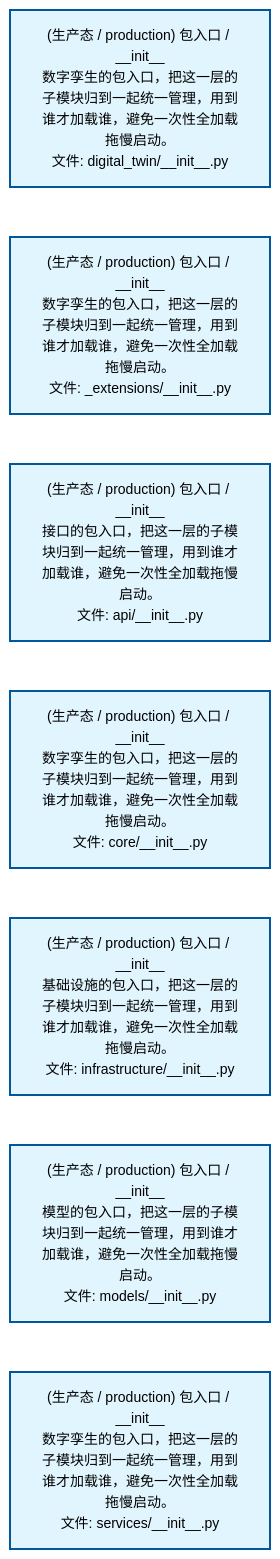
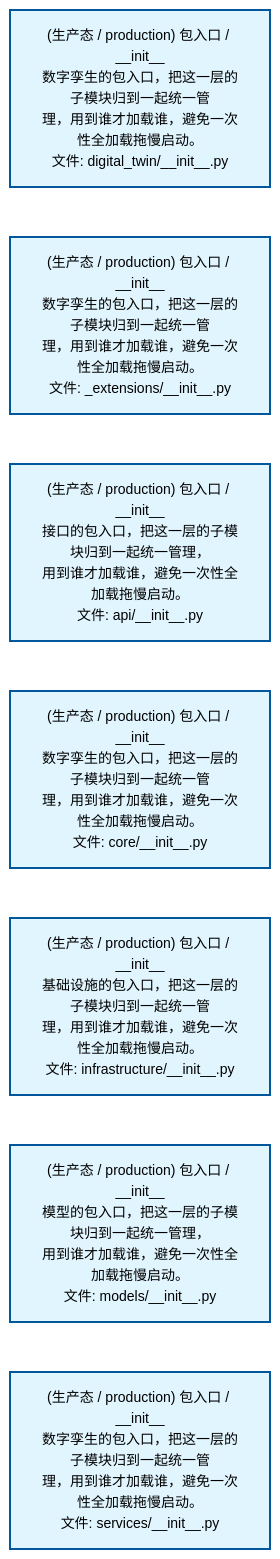
One commit to xuanFelixVan/ZephyrAlpha changed the second of 2 diagrams in docs/02_enterprise_architecture/02_domain_architecture_docs/42_d_digital_twin.md. Above: the diagram before and after it, drawn with Mermaid. The commit also changed other lines of this file and 61 other files, not shown here.

````diff
--- a/docs/02_enterprise_architecture/02_domain_architecture_docs/42_d_digital_twin.md
+++ b/docs/02_enterprise_architecture/02_domain_architecture_docs/42_d_digital_twin.md
@@ -80,22 +80,22 @@
 ```mermaid
 %%{init: {'theme': 'base', 'themeVariables': {'primaryColor': '#eaeaea', 'primaryTextColor': '#333333', 'primaryBorderColor': '#666666', 'lineColor': '#666666', 'secondaryColor': '#eaeaea', 'tertiaryColor': '#eaeaea', 'fontSize': '14px'}}}%%
 flowchart TD
-    src_zephyr_digital_twin_init_py["(生产态 / production) 包入口 / __init__<br/>数字孪生的包入口，把这一层的子模块归到一起统一管理，用到谁才加载谁，避免一次性全加载拖慢启动。<br/>文件: digital_twin/__init__.py"]
-    src_zephyr_digital_twin_extensions_init_py["(生产态 / production) 包入口 / __init__<br/>数字孪生的包入口，把这一层的子模块归到一起统一管理，用到谁才加载谁，避免一次性全加载拖慢启动。<br/>文件: _extensions/__init__.py"]
-    src_zephyr_digital_twin_api_init_py["(生产态 / production) 包入口 / __init__<br/>接口的包入口，把这一层的子模块归到一起统一管理，用到谁才加载谁，避免一次性全加载拖慢启动。<br/>文件: api/__init__.py"]
-    src_zephyr_digital_twin_core_init_py["(生产态 / production) 包入口 / __init__<br/>数字孪生的包入口，把这一层的子模块归到一起统一管理，用到谁才加载谁，避免一次性全加载拖慢启动。<br/>文件: core/__init__.py"]
-    src_zephyr_digital_twin_infrastructure_init_py["(生产态 / production) 包入口 / __init__<br/>基础设施的包入口，把这一层的子模块归到一起统一管理，用到谁才加载谁，避免一次性全加载拖慢启动。<br/>文件: infrastructure/__init__.py"]
-    src_zephyr_digital_twin_models_init_py["(生产态 / production) 包入口 / __init__<br/>模型的包入口，把这一层的子模块归到一起统一管理，用到谁才加载谁，避免一次性全加载拖慢启动。<br/>文件: models/__init__.py"]
-    src_zephyr_digital_twin_services_init_py["(生产态 / production) 包入口 / __init__<br/>数字孪生的包入口，把这一层的子模块归到一起统一管理，用到谁才加载谁，避免一次性全加载拖慢启动。<br/>文件: services/__init__.py"]
+    src_zephyr_digital_twin_init_py["(生产态 / production) 包入口 / __init__<br/>数字孪生的包入口，把这一层的子模块归到一起统一管<br/>理，用到谁才加载谁，避免一次性全加载拖慢启动。<br/>文件: digital_twin/__init__.py"]
+    src_zephyr_digital_twin_extensions_init_py["(生产态 / production) 包入口 / __init__<br/>数字孪生的包入口，把这一层的子模块归到一起统一管<br/>理，用到谁才加载谁，避免一次性全加载拖慢启动。<br/>文件: _extensions/__init__.py"]
+    src_zephyr_digital_twin_api_init_py["(生产态 / production) 包入口 / __init__<br/>接口的包入口，把这一层的子模块归到一起统一管理，<br/>用到谁才加载谁，避免一次性全加载拖慢启动。<br/>文件: api/__init__.py"]
+    src_zephyr_digital_twin_core_init_py["(生产态 / production) 包入口 / __init__<br/>数字孪生的包入口，把这一层的子模块归到一起统一管<br/>理，用到谁才加载谁，避免一次性全加载拖慢启动。<br/>文件: core/__init__.py"]
+    src_zephyr_digital_twin_infrastructure_init_py["(生产态 / production) 包入口 / __init__<br/>基础设施的包入口，把这一层的子模块归到一起统一管<br/>理，用到谁才加载谁，避免一次性全加载拖慢启动。<br/>文件: infrastructure/__init__.py"]
+    src_zephyr_digital_twin_models_init_py["(生产态 / production) 包入口 / __init__<br/>模型的包入口，把这一层的子模块归到一起统一管理，<br/>用到谁才加载谁，避免一次性全加载拖慢启动。<br/>文件: models/__init__.py"]
+    src_zephyr_digital_twin_services_init_py["(生产态 / production) 包入口 / __init__<br/>数字孪生的包入口，把这一层的子模块归到一起统一管<br/>理，用到谁才加载谁，避免一次性全加载拖慢启动。<br/>文件: services/__init__.py"]
     src_zephyr_digital_twin_init_py ~~~ src_zephyr_digital_twin_extensions_init_py
     src_zephyr_digital_twin_extensions_init_py ~~~ src_zephyr_digital_twin_api_init_py
     src_zephyr_digital_twin_api_init_py ~~~ src_zephyr_digital_twin_core_init_py
     src_zephyr_digital_twin_core_init_py ~~~ src_zephyr_digital_twin_infrastructure_init_py
     src_zephyr_digital_twin_infrastructure_init_py ~~~ src_zephyr_digital_twin_models_init_py
     src_zephyr_digital_twin_models_init_py ~~~ src_zephyr_digital_twin_services_init_py
     classDef production fill:#e1f5fe,stroke:#01579b,stroke-width:2px,color:#000
     classDef design fill:#fff3e0,stroke:#e65100,stroke-width:2px,color:#000,stroke-dasharray: 5 5
     classDef external_prod fill:#e8f4fd,stroke:#0277bd,stroke-width:1px,color:#000
     classDef external_design fill:#fff8e7,stroke:#ef6c00,stroke-width:1px,color:#000,stroke-dasharray: 5 5
     class src_zephyr_digital_twin_init_py,src_zephyr_digital_twin_extensions_init_py,src_zephyr_digital_twin_api_init_py,src_zephyr_digital_twin_core_init_py,src_zephyr_digital_twin_infrastructure_init_py,src_zephyr_digital_twin_models_init_py,src_zephyr_digital_twin_services_init_py production
 ```
````
